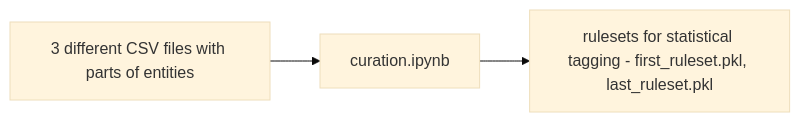
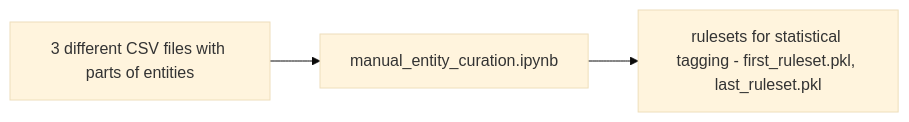
Before and after one commit to estnltk/estnltk-model-training: the fifth of 7 diagrams in statistical_ner_labelling/readme.md, drawn with Mermaid (base theme). The commit also changed other lines of this file and 28 other files, not shown here.

````diff
--- a/statistical_ner_labelling/readme.md
+++ b/statistical_ner_labelling/readme.md
@@ -53,5 +54,5 @@
 ```mermaid
 graph LR;
-    id5[3 different CSV files with parts of entities]-->curation.ipynb;
-    curation.ipynb-->id6[rulesets for statistical tagging - first_ruleset.pkl, last_ruleset.pkl];
+    id5[3 different CSV files with parts of entities]-->manual_entity_curation.ipynb;
+    manual_entity_curation.ipynb-->id6[rulesets for statistical tagging - first_ruleset.pkl, last_ruleset.pkl];
 ```
````
